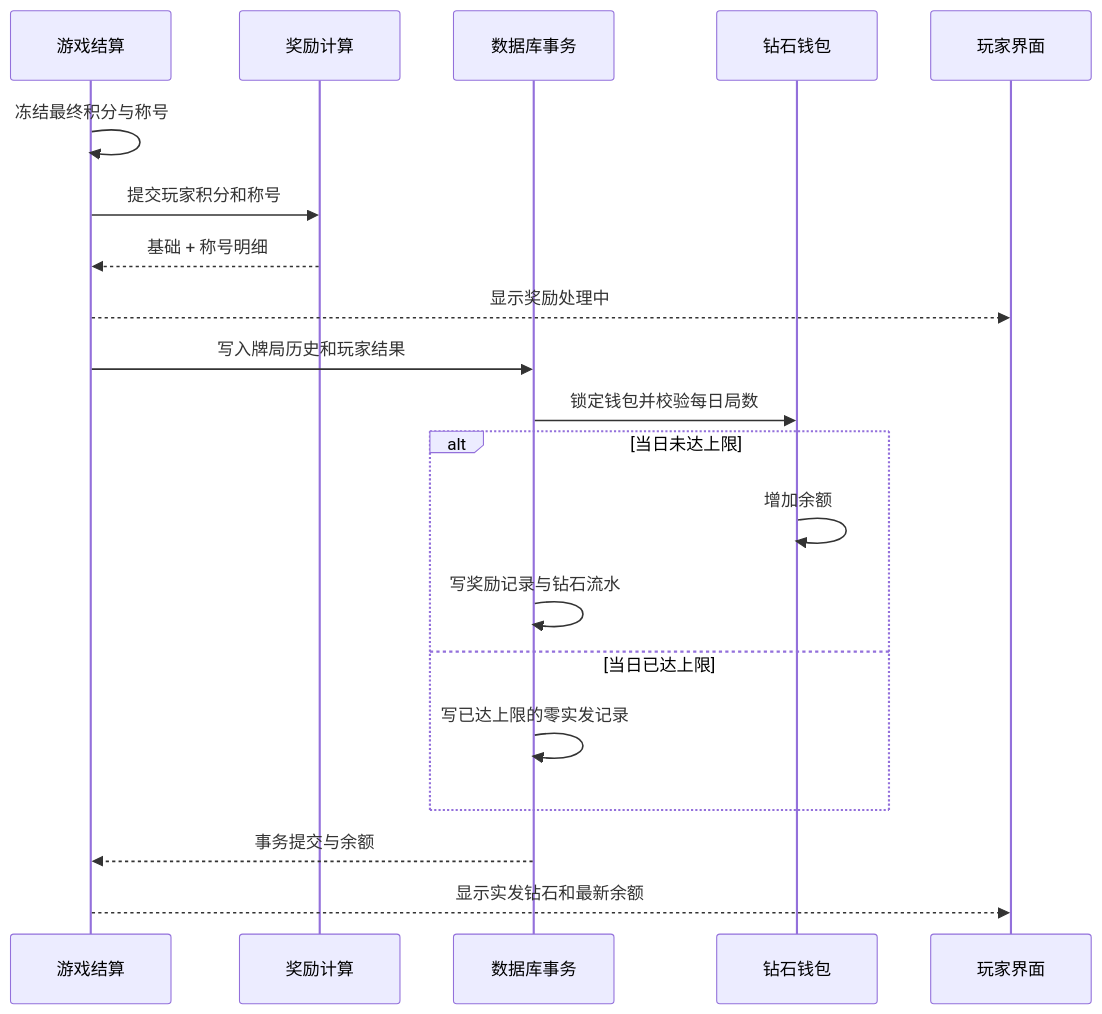
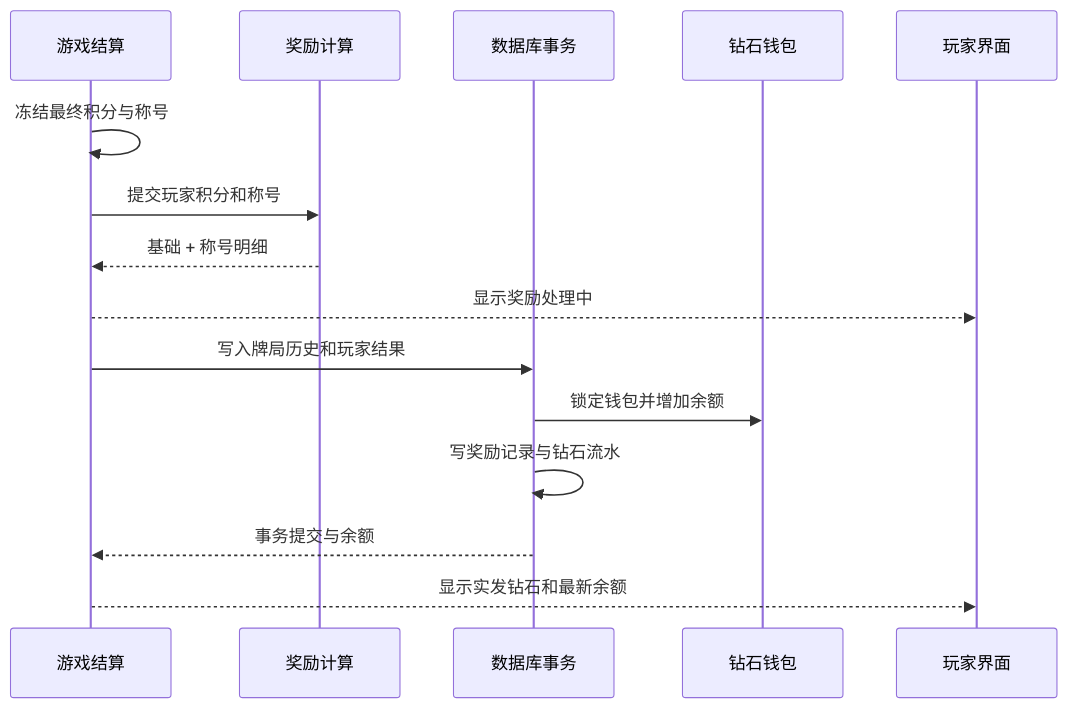
One commit to hsckaka-netizen/chao-dipi-online changed the diagram in docs/diamond-system-requirement-analysis.md. Above: the diagram before and after it, drawn with Mermaid. The commit also changed other lines of this file and 15 other files, not shown here.

Commit message:
Improve next-round flow and card stages

````diff
--- a/docs/diamond-system-requirement-analysis.md
+++ b/docs/diamond-system-requirement-analysis.md
@@ -78,23 +76,18 @@
 ```mermaid
 sequenceDiagram
     participant G as 游戏结算
     participant R as 奖励计算
     participant D as 数据库事务
     participant W as 钻石钱包
     participant P as 玩家界面
 
     G->>G: 冻结最终积分与称号
     G->>R: 提交玩家积分和称号
     R-->>G: 基础 + 称号明细
     G-->>P: 显示奖励处理中
     G->>D: 写入牌局历史和玩家结果
-    D->>W: 锁定钱包并校验每日局数
-    alt 当日未达上限
-        W->>W: 增加余额
-        D->>D: 写奖励记录与钻石流水
-    else 当日已达上限
-        D->>D: 写已达上限的零实发记录
-    end
+    D->>W: 锁定钱包并增加余额
+    D->>D: 写奖励记录与钻石流水
     D-->>G: 事务提交与余额
     G-->>P: 显示实发钻石和最新余额
 ```
````
